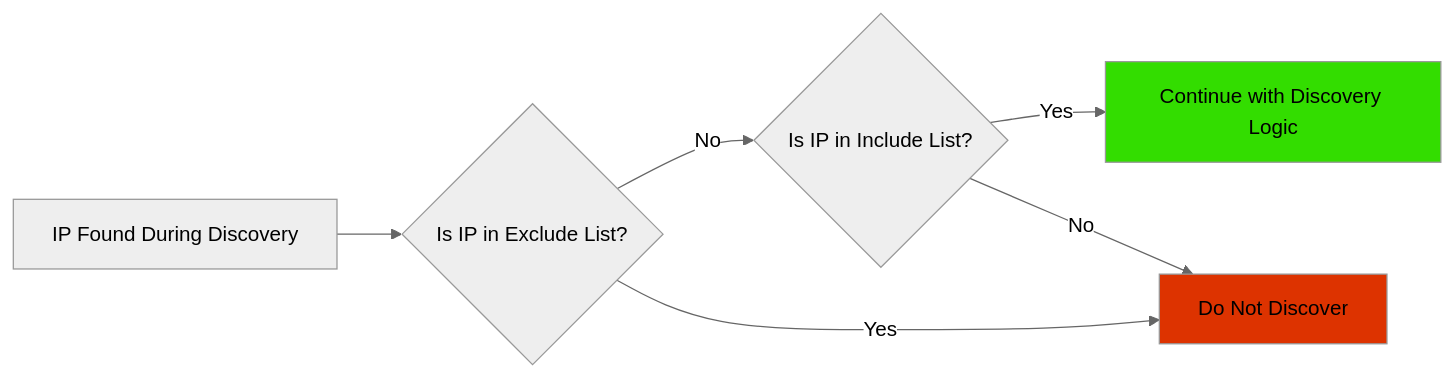
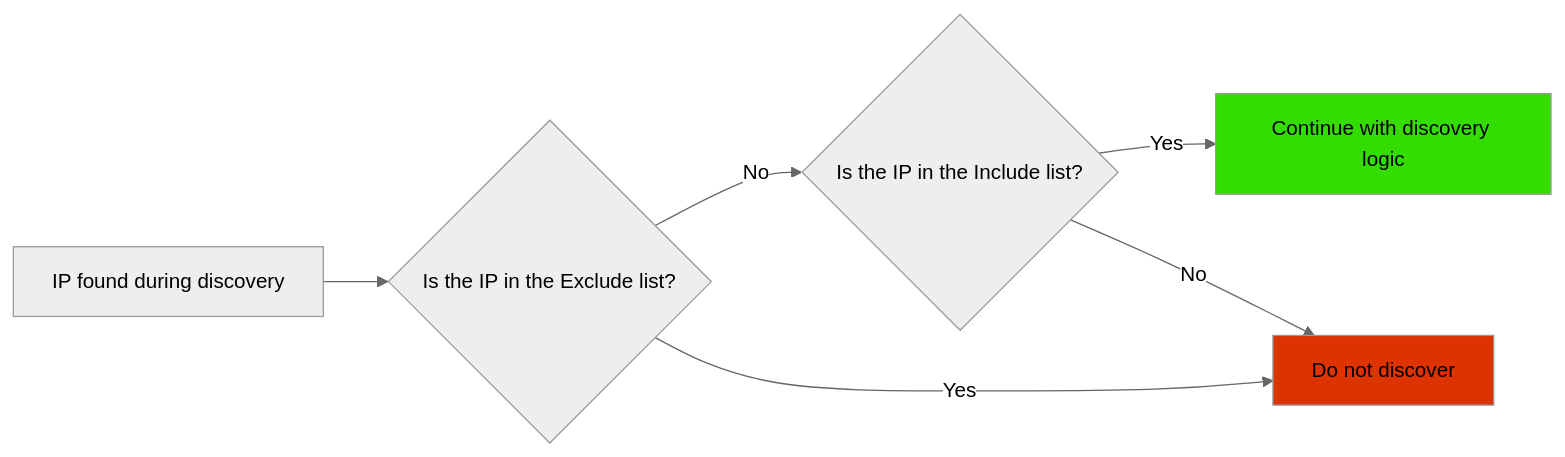
The diagram in docs/IP_Fabric_Settings/Discovery_and_Snapshots/Discovery_Settings/discovery/ip_scope.md (ipfabric/docs), drawn with Mermaid (neutral theme) before and after one commit. The commit also changed other lines of this file and 5 other files, not shown here.

````diff
--- a/docs/IP_Fabric_Settings/Discovery_and_Snapshots/Discovery_Settings/discovery/ip_scope.md
+++ b/docs/IP_Fabric_Settings/Discovery_and_Snapshots/Discovery_Settings/discovery/ip_scope.md
@@ -15,12 +15,12 @@
 ```mermaid
 graph LR
-    ip[IP Found During Discovery] --> exclude{Is IP in Exclude List?}
+    ip[IP found during discovery] --> exclude{Is the IP in the Exclude list?}
 
-    exclude -->|No| include{Is IP in Include List?}
-      include -->|Yes| continue[Continue with Discovery Logic]
-      include --> |No| doNotDiscover[Do Not Discover]
-    exclude -->|Yes| doNotDiscover[Do Not Discover]
+    exclude -->|No| include{Is the IP in the Include list?}
+      include -->|Yes| continue[Continue with discovery logic]
+      include --> |No| doNotDiscover[Do not discover]
+    exclude -->|Yes| doNotDiscover[Do not discover]
 
     style continue fill:#33dd00
     style doNotDiscover fill:#dd3300
 ```
````
